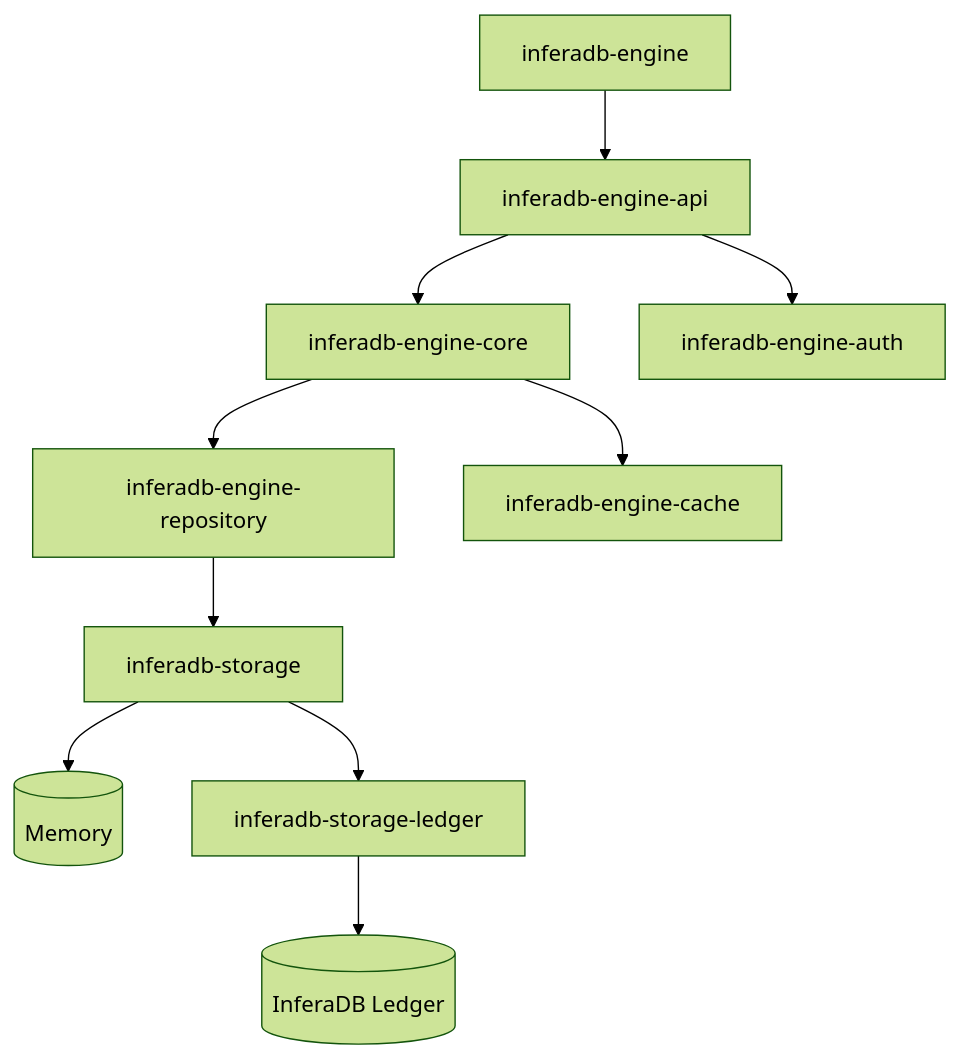
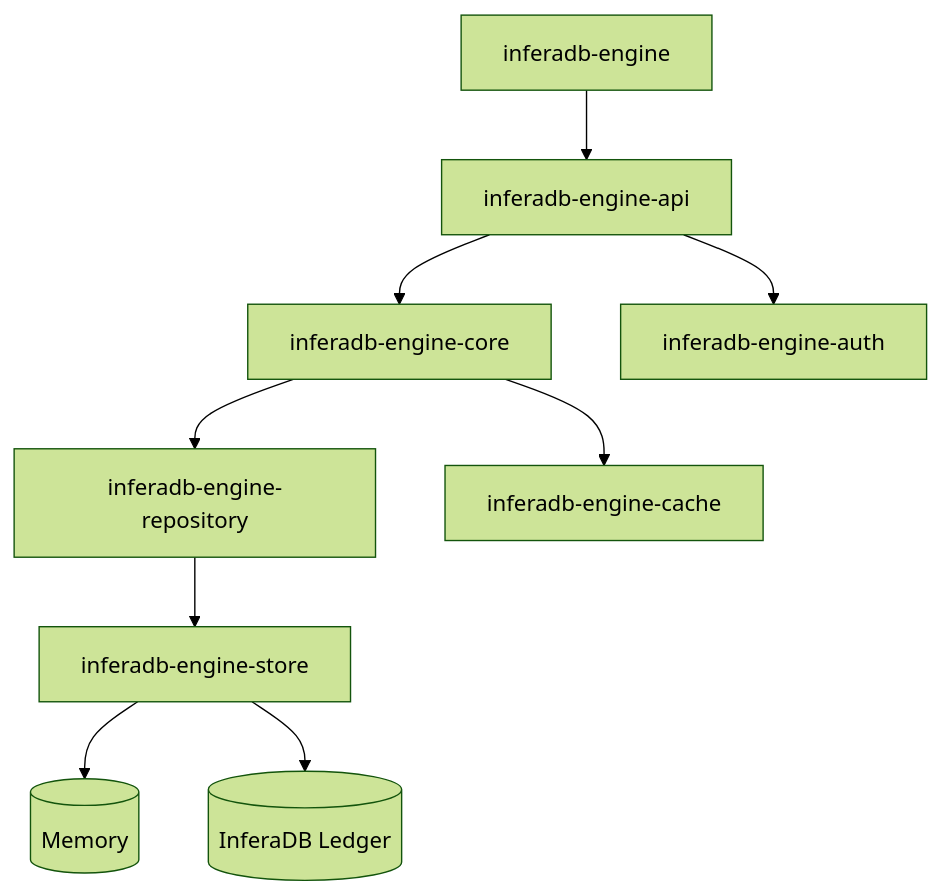
One commit to inferadb/engine changed the diagram in README.md. Above: the diagram before and after it, drawn with Mermaid (forest theme). The commit also changed other lines of this file and 1 other file, not shown here.

````diff
--- a/README.md
+++ b/README.md
@@ -55,12 +47,11 @@
 ```mermaid
 graph TD
     Bin[inferadb-engine] --> API[inferadb-engine-api]
     API --> Core[inferadb-engine-core]
     API --> Auth[inferadb-engine-auth]
     Core --> Repo[inferadb-engine-repository]
     Core --> Cache[inferadb-engine-cache]
-    Repo --> Storage[inferadb-storage]
-    Storage --> Memory[(Memory)]
-    Storage --> StorageLedger[inferadb-storage-ledger]
-    StorageLedger --> Ledger[(InferaDB Ledger)]
+    Repo --> Store[inferadb-engine-store]
+    Store --> Memory[(Memory)]
+    Store --> Ledger[(InferaDB Ledger)]
 ```
````
